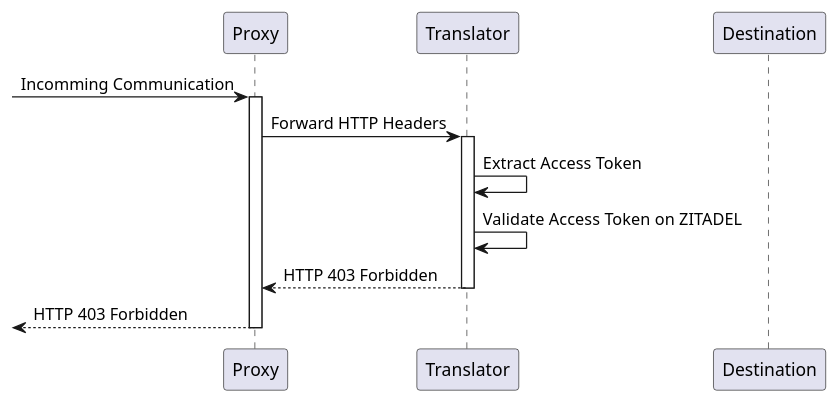
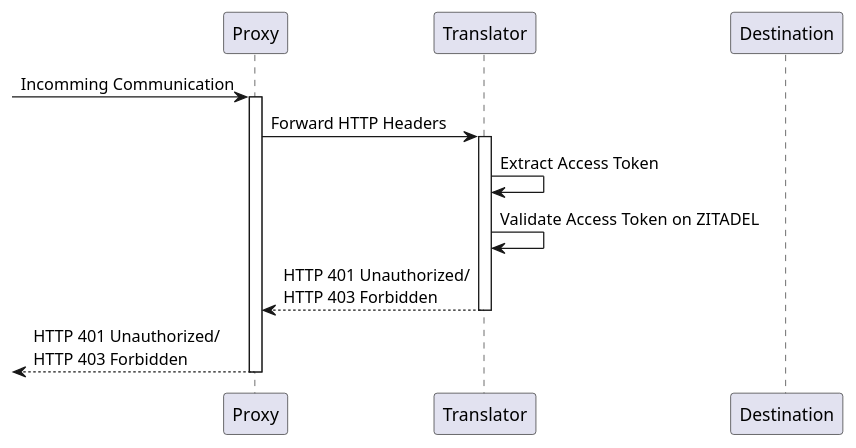
The diagram in diagrams/sequences/translator-poc-process-403.puml (buehler/mse-project-thesis-1), drawn with PlantUML before and after one commit. The commit also changed 12 other files, not shown here.

```diff
--- a/diagrams/sequences/translator-poc-process-403.puml
+++ b/diagrams/sequences/translator-poc-process-403.puml
@@ -1,17 +1,17 @@
 @startuml
 skinparam backgroundcolor transparent
 
 participant "Proxy" as p
 participant "Translator" as t
 participant "Destination" as d
 
 [-> p : Incomming Communication
 activate p
     p -> t : Forward HTTP Headers
     activate t
         t -> t : Extract Access Token
         t -> t : Validate Access Token on ZITADEL
-    return HTTP 403 Forbidden
-return HTTP 403 Forbidden
+    return HTTP 401 Unauthorized/\nHTTP 403 Forbidden
+return HTTP 401 Unauthorized/\nHTTP 403 Forbidden
 
 @enduml
```
